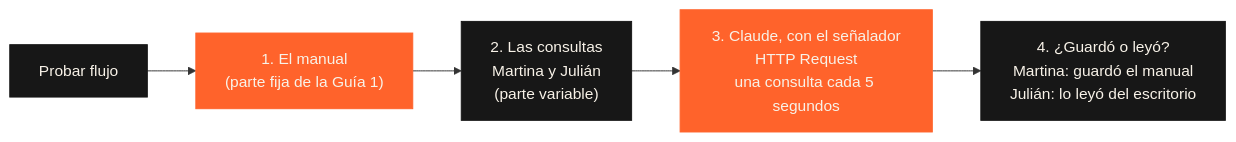
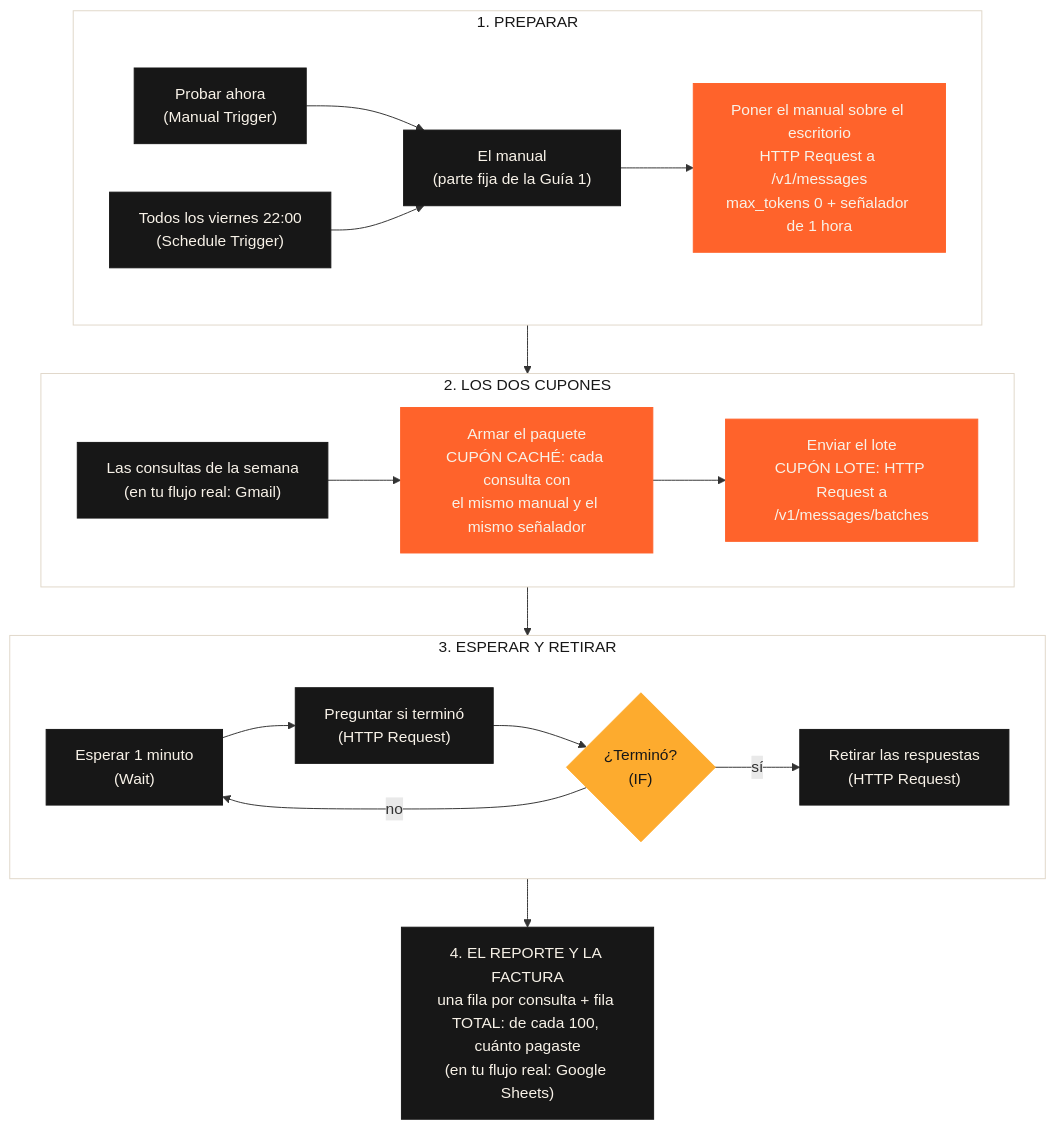
One commit to leanaraque/ai-automation-estudiantes changed the diagram in semana-06/05-bonus-n8n.md. Above: the diagram before and after it, drawn with Mermaid. The commit also changed other lines of this file and 4 other files, not shown here.

Commit message:
Semana 6: Guía 5 opcional responde qué configurar para aplicar los dos cupones, con un flujo semanal de n8n

````diff
--- a/semana-06/05-bonus-n8n.md
+++ b/semana-06/05-bonus-n8n.md
@@ -7,7 +25,28 @@
 ```mermaid
-flowchart LR
-    T["Probar flujo"]:::ya --> M["1. El manual<br/>(parte fija de la Guía 1)"]:::nuevo --> C["2. Las consultas<br/>Martina y Julián<br/>(parte variable)"]:::ya --> H["3. Claude, con el señalador<br/>HTTP Request<br/>una consulta cada 5 segundos"]:::nuevo --> R["4. ¿Guardó o leyó?<br/>Martina: guardó el manual<br/>Julián: lo leyó del escritorio"]:::ya
+flowchart TB
+    subgraph P["1. PREPARAR"]
+        direction LR
+        T1["Probar ahora<br/>(Manual Trigger)"]:::ya --> M["El manual<br/>(parte fija de la Guía 1)"]:::ya
+        T2["Todos los viernes 22:00<br/>(Schedule Trigger)"]:::ya --> M
+        M --> W["Poner el manual sobre el escritorio<br/>HTTP Request a /v1/messages<br/>max_tokens 0 + señalador de 1 hora"]:::nuevo
+    end
+    subgraph C["2. LOS DOS CUPONES"]
+        direction LR
+        Q["Las consultas de la semana<br/>(en tu flujo real: Gmail)"]:::ya --> PQ["Armar el paquete<br/>CUPÓN CACHÉ: cada consulta con<br/>el mismo manual y el mismo señalador"]:::nuevo --> E["Enviar el lote<br/>CUPÓN LOTE: HTTP Request a<br/>/v1/messages/batches"]:::nuevo
+    end
+    subgraph R["3. ESPERAR Y RETIRAR"]
+        direction LR
+        ES["Esperar 1 minuto<br/>(Wait)"]:::ya --> PR["Preguntar si terminó<br/>(HTTP Request)"]:::ya --> IF{"¿Terminó?<br/>(IF)"}:::nota
+        IF -- "no" --> ES
+        IF -- "sí" --> RT["Retirar las respuestas<br/>(HTTP Request)"]:::ya
+    end
+    F["4. EL REPORTE Y LA FACTURA<br/>una fila por consulta + fila TOTAL: de cada 100, cuánto pagaste<br/>(en tu flujo real: Google Sheets)"]:::ya
+    P --> C --> R --> F
 
     classDef ya fill:#171717,stroke:#171717,color:#F8F2E8
     classDef nuevo fill:#FF632B,stroke:#FF632B,color:#F8F2E8
+    classDef nota fill:#FDAB2E,stroke:#FDAB2E,color:#171717
+    style P fill:#FFFFFF,stroke:#E0D7C9,color:#171717
+    style C fill:#FFFFFF,stroke:#E0D7C9,color:#171717
+    style R fill:#FFFFFF,stroke:#E0D7C9,color:#171717
 ```
````
